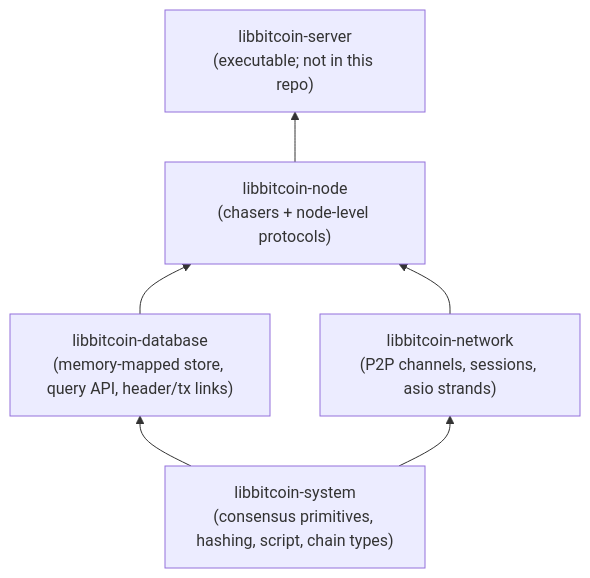
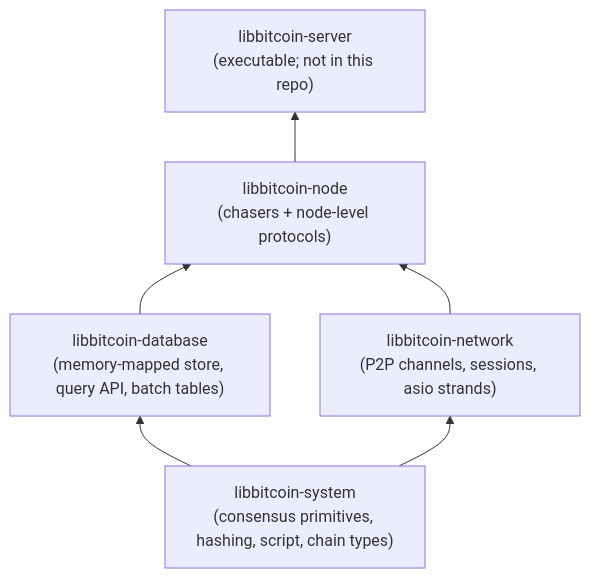
Before and after one commit to libbitcoin/libbitcoin.github.io: the first of 5 diagrams in architecture/md/00-overview.md, drawn with Mermaid. The commit also changed other lines of this file and 31 other files, not shown here.

Commit message:
Add the node architecture pages.

````diff
--- a/architecture/md/00-overview.md
+++ b/architecture/md/00-overview.md
@@ -19,14 +21,14 @@
 ```mermaid
 flowchart BT
     sys["libbitcoin-system\n(consensus primitives, hashing, script, chain types)"]
-    db["libbitcoin-database\n(memory-mapped store, query API, header/tx links)"]
+    db["libbitcoin-database\n(memory-mapped store, query API, batch tables)"]
     net["libbitcoin-network\n(P2P channels, sessions, asio strands)"]
     node["libbitcoin-node\n(chasers + node-level protocols)"]
     server["libbitcoin-server\n(executable; not in this repo)"]
 
     sys --> db
     sys --> net
     db --> node
     net --> node
     node --> server
 ```
````
